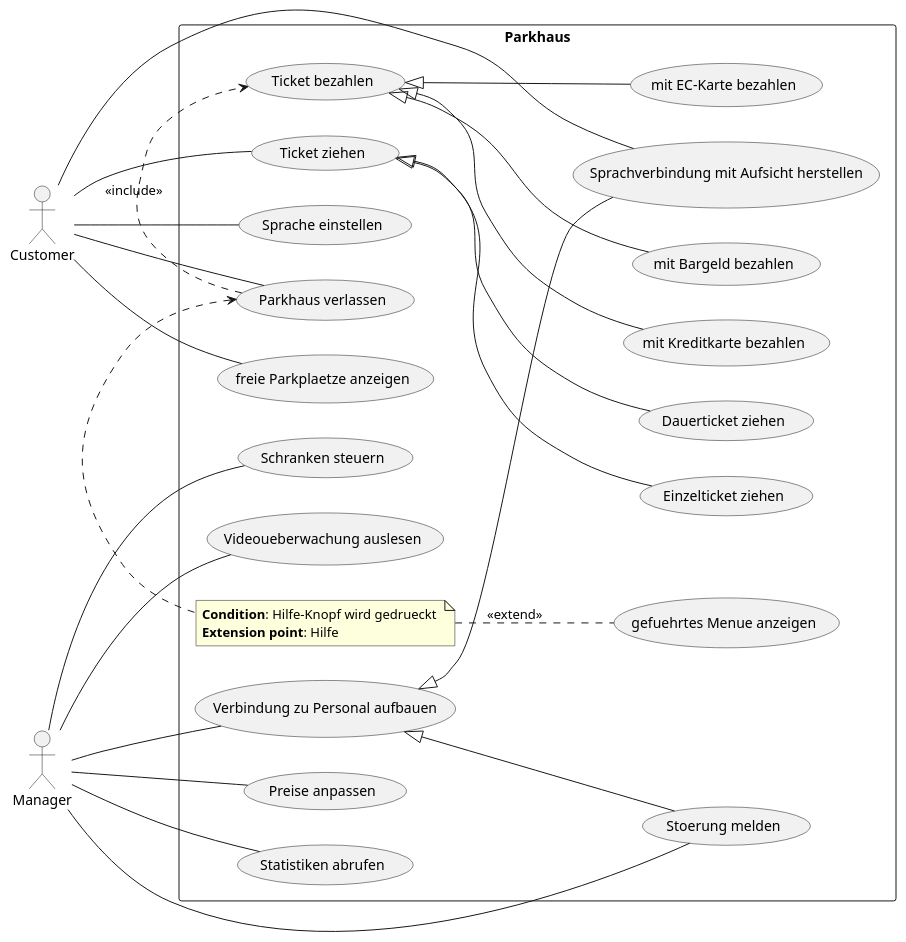
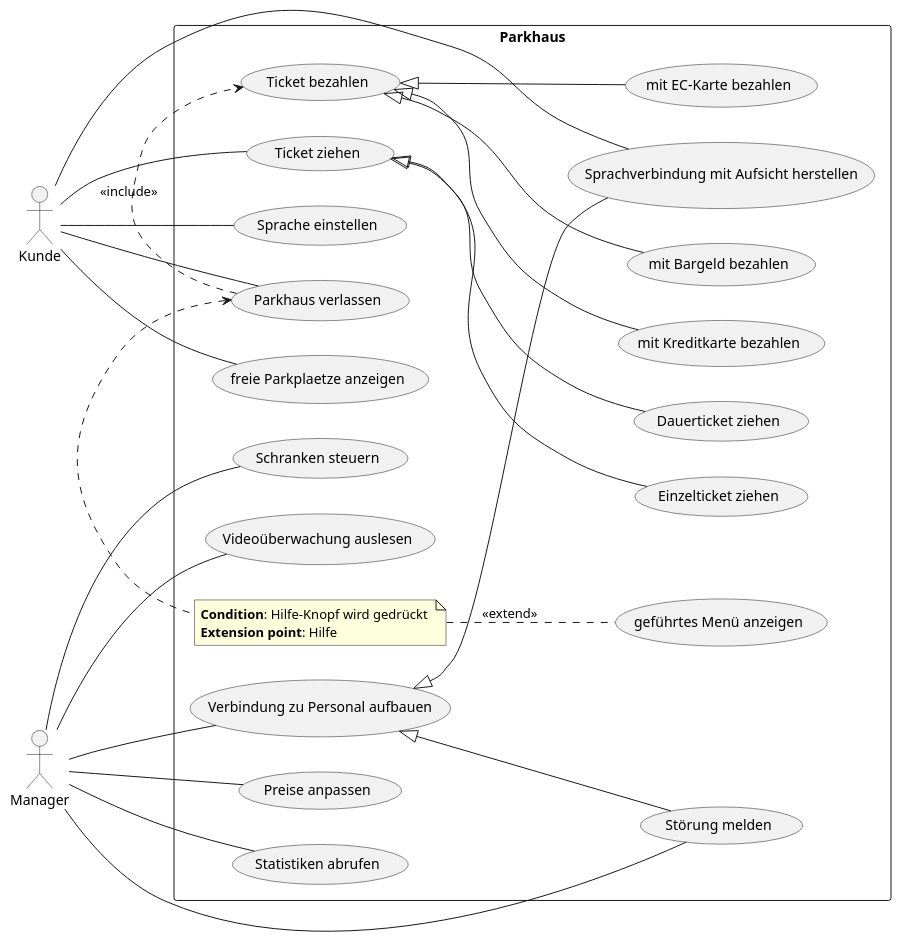
Before and after one commit to SilverLous/Software-EngineeringProject: the diagram in dokumentation/UML/UseCaseDiagramm.puml, drawn with PlantUML. The commit also changed 1 other file, not shown here.

```diff
--- a/dokumentation/UML/UseCaseDiagramm.puml
+++ b/dokumentation/UML/UseCaseDiagramm.puml
@@ -1,32 +1,32 @@
 @startuml
 left to right direction
 skinparam packageStyle rectangle
-actor Customer
+actor Kunde
 actor Manager
 
 rectangle Parkhaus {
-  Customer -- (Parkhaus verlassen)
-  Customer -- (freie Parkplaetze anzeigen)
-  Customer -- (Ticket ziehen)
-  Customer -- (Sprache einstellen)
-  Customer -- (Sprachverbindung mit Aufsicht herstellen)
+  Kunde -- (Parkhaus verlassen)
+  Kunde -- (freie Parkplaetze anzeigen)
+  Kunde -- (Ticket ziehen)
+  Kunde -- (Sprache einstellen)
+  Kunde -- (Sprachverbindung mit Aufsicht herstellen)
 
   (Parkhaus verlassen) .> (Ticket bezahlen) : <<include>>
- note "<b>Condition</b>: Hilfe-Knopf wird gedrueckt \n<b>Extension point</b>: Hilfe" as N2
+ note "<b>Condition</b>: Hilfe-Knopf wird gedrückt \n<b>Extension point</b>: Hilfe" as N2
 (Parkhaus verlassen) <. N2
-N2 .. (gefuehrtes Menue anzeigen): <<extend>>
+N2 .. (geführtes Menü anzeigen): <<extend>>
   (Ticket bezahlen) ^-- (mit Bargeld bezahlen)
   (Ticket bezahlen) ^-- (mit EC-Karte bezahlen)
   (Ticket bezahlen) ^-- (mit Kreditkarte bezahlen)
   (Ticket ziehen) ^-- (Einzelticket ziehen)
   (Ticket ziehen) ^-- (Dauerticket ziehen)
   Manager -- (Statistiken abrufen)
   Manager -- (Schranken steuern)
-  Manager -- (Videoueberwachung auslesen)
+  Manager -- (Videoüberwachung auslesen)
   Manager -- (Verbindung zu Personal aufbauen)
   (Verbindung zu Personal aufbauen) ^-- (Sprachverbindung mit Aufsicht herstellen)
-  (Verbindung zu Personal aufbauen) ^-- (Stoerung melden)
-  Manager -- (Stoerung melden)
+  (Verbindung zu Personal aufbauen) ^-- (Störung melden)
+  Manager -- (Störung melden)
   Manager -- (Preise anpassen)
 }
 @enduml
```
